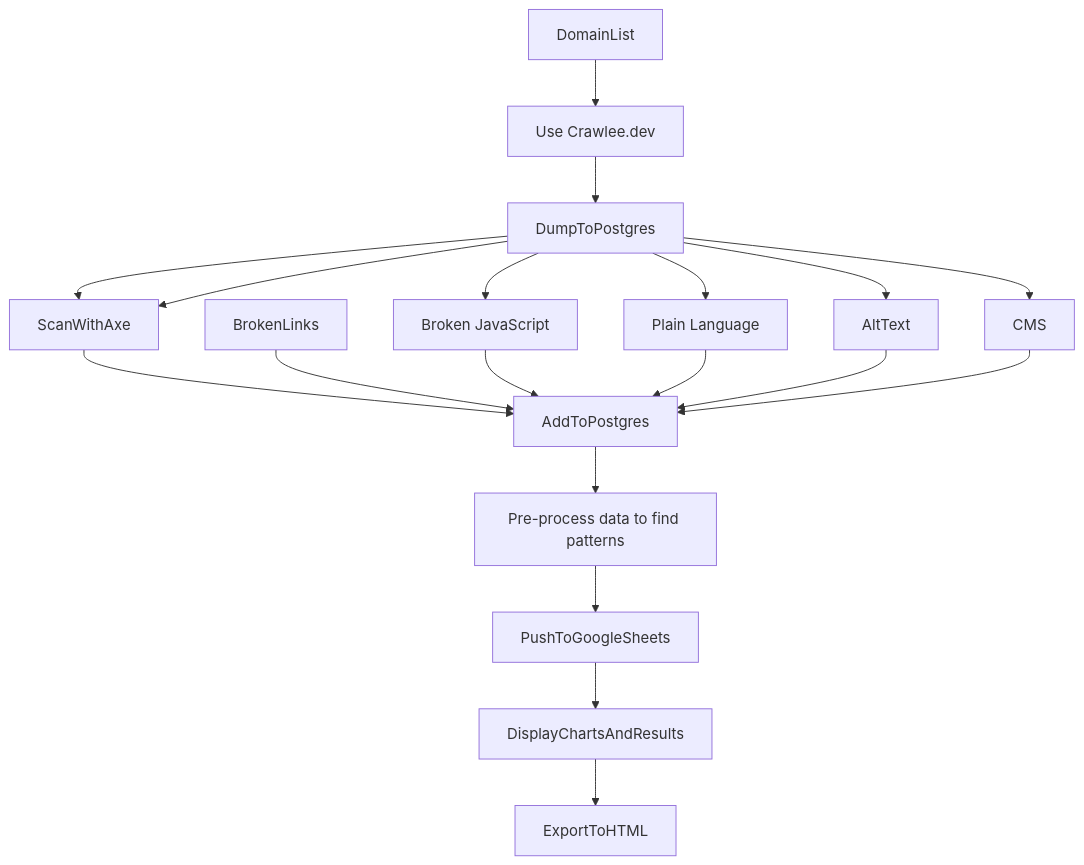
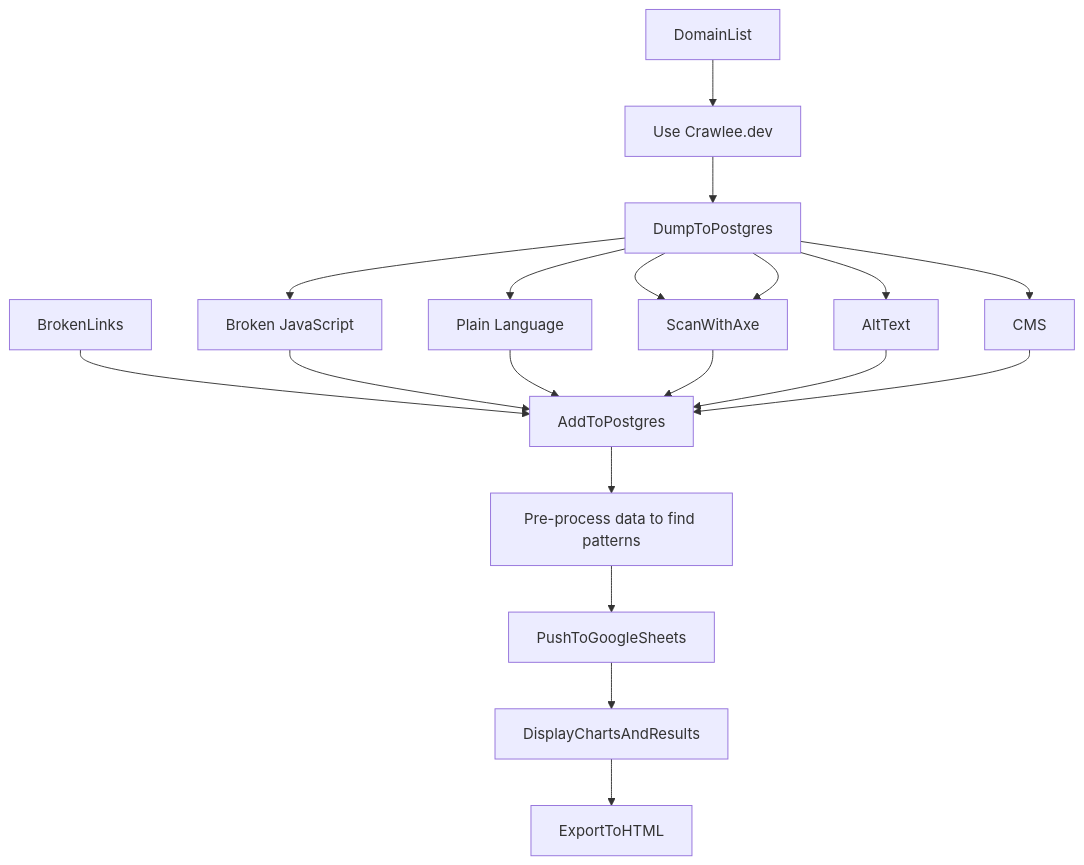
Before and after one commit to mgifford/mermaid-graphs: the first of 2 diagrams in a11y-data-crawls.md, drawn with Mermaid. The commit also changed other lines of this file, not shown here.

````diff
--- a/a11y-data-crawls.md
+++ b/a11y-data-crawls.md
@@ -5,21 +5,21 @@
 ```mermaid
 graph TD
     DomainList-->Crawl4URLs;
     Crawl4URLs[Use Crawlee.dev]-->DumpToPostgres;
     DumpToPostgres-->ScanWithAxe;
     DumpToPostgres-->ScanWithPlainLanguage[Plain Language];
     DumpToPostgres-->Wappalyzer[CMS];
     DumpToPostgres-->BrokenJavaScript[Broken JavaScript];
     DumpToPostgres-->ScanWithAxe;
     DumpToPostgres-->AltText;
-    ScanWithAxe-->AddToPostgres;
     BrokenLinks-->AddToPostgres;
     BrokenJavaScript-->AddToPostgres;
     ScanWithPlainLanguage-->AddToPostgres;
+    ScanWithAxe-->AddToPostgres;
     AltText-->AddToPostgres;
     Wappalyzer-->AddToPostgres;
     AddToPostgres-->AggregateData["Pre-process data to find patterns"]
     AggregateData-->PushToGoogleSheets;
     PushToGoogleSheets-->DisplayChartsAndResults;
     DisplayChartsAndResults-->ExportToHTML;
 ```
````
